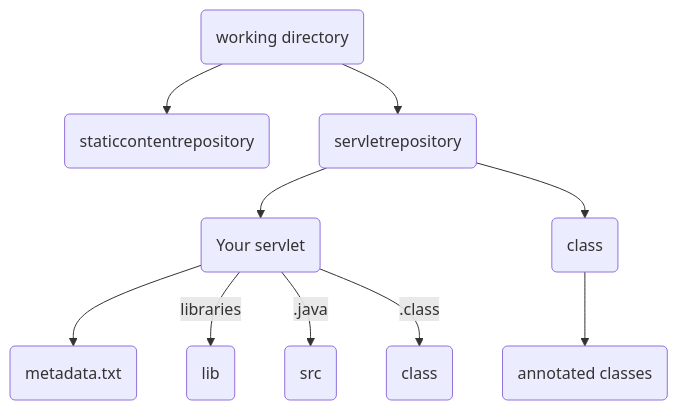
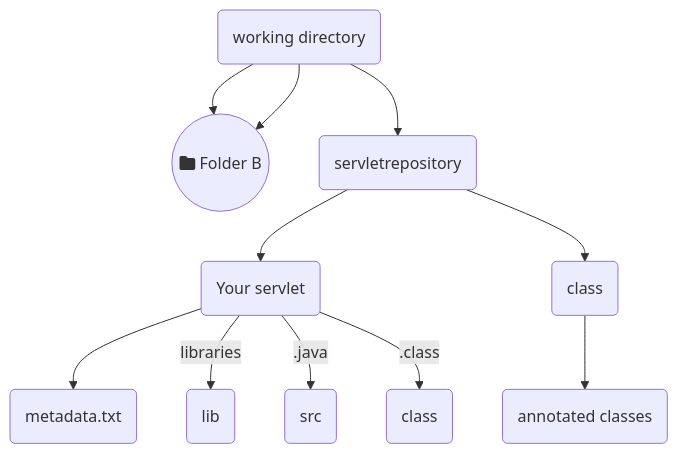
One commit to flenz00/TPBSCA changed the diagram in README.md. Above: the diagram before and after it, drawn with Mermaid.

````diff
--- a/README.md
+++ b/README.md
@@ -41,12 +41,13 @@
 ```mermaid
 graph TD;
     A(working directory) --> B(staticcontentrepository);
+    A((<i class="fa fa-folder"></i> Folder A)) --> B((<i class="fa fa-folder"></i> Folder B));
     A(working directory) --> C(servletrepository);
     C(servletrepository) --> D(Your servlet);
     D(Your servlet) --> F(metadata.txt);
     D(Your servlet) --> |libraries| G(lib);
     D(Your servlet) --> |.java| H(src);
     D(Your servlet) --> |.class| I(class);
     C(servletrepository) --> L(class);
     L(class) --> M(annotated classes); 
 ```
````
